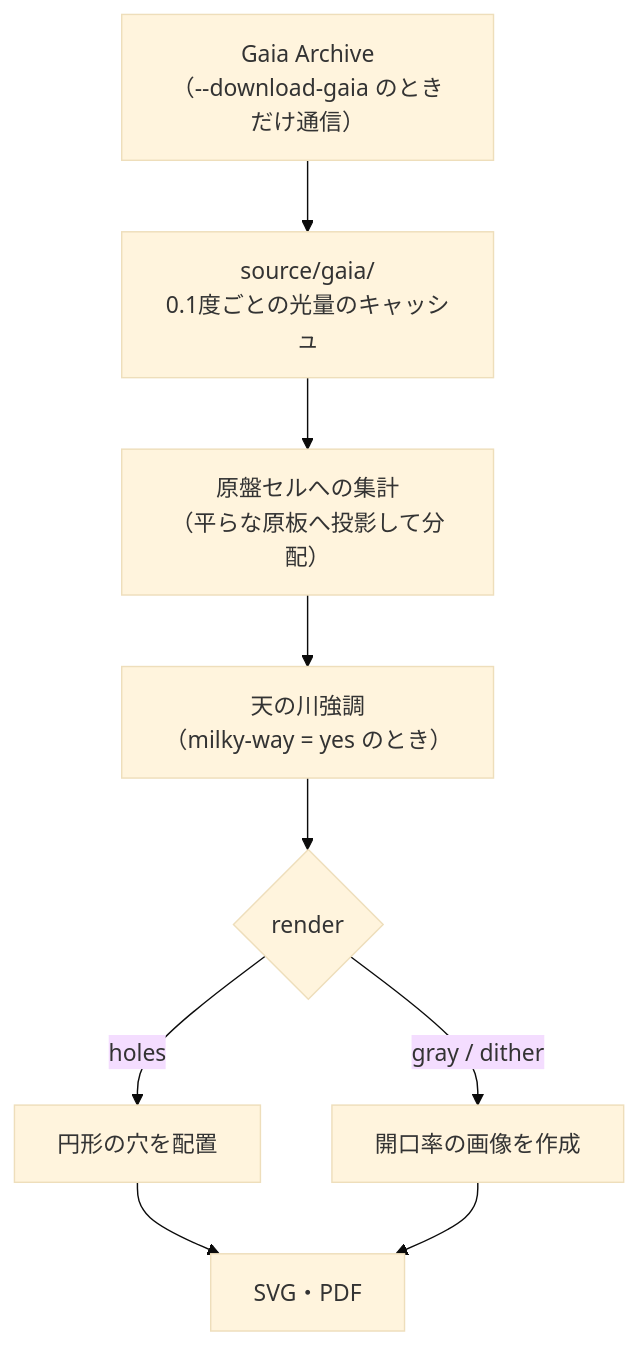
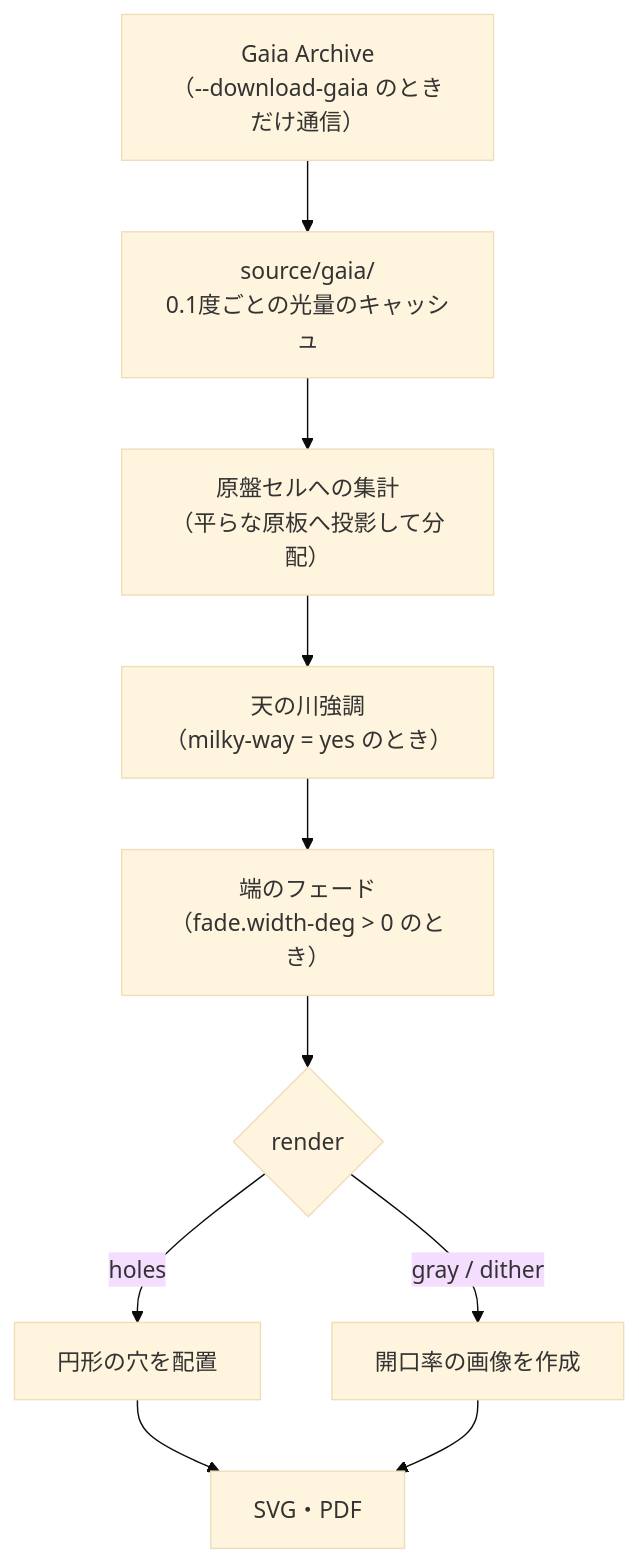
One commit to asanumakottii-collab/GingaForge changed the diagram in docs/overview.md. Above: the diagram before and after it, drawn with Mermaid (base theme). The commit also changed other lines of this file and 7 other files, not shown here.

````diff
--- a/docs/overview.md
+++ b/docs/overview.md
@@ -10,11 +10,12 @@
 ```mermaid
 flowchart TD
     A["Gaia Archive<br/>（--download-gaia のときだけ通信）"] --> B["source/gaia/<br/>0.1度ごとの光量のキャッシュ"]
     B --> C["原盤セルへの集計<br/>（平らな原板へ投影して分配）"]
     C --> D["天の川強調<br/>（milky-way = yes のとき）"]
-    D --> E{"render"}
+    D --> I["端のフェード<br/>（fade.width-deg > 0 のとき）"]
+    I --> E{"render"}
     E -->|holes| F["円形の穴を配置"]
     E -->|"gray / dither"| G["開口率の画像を作成"]
     F --> H["SVG・PDF"]
     G --> H
 ```
````
